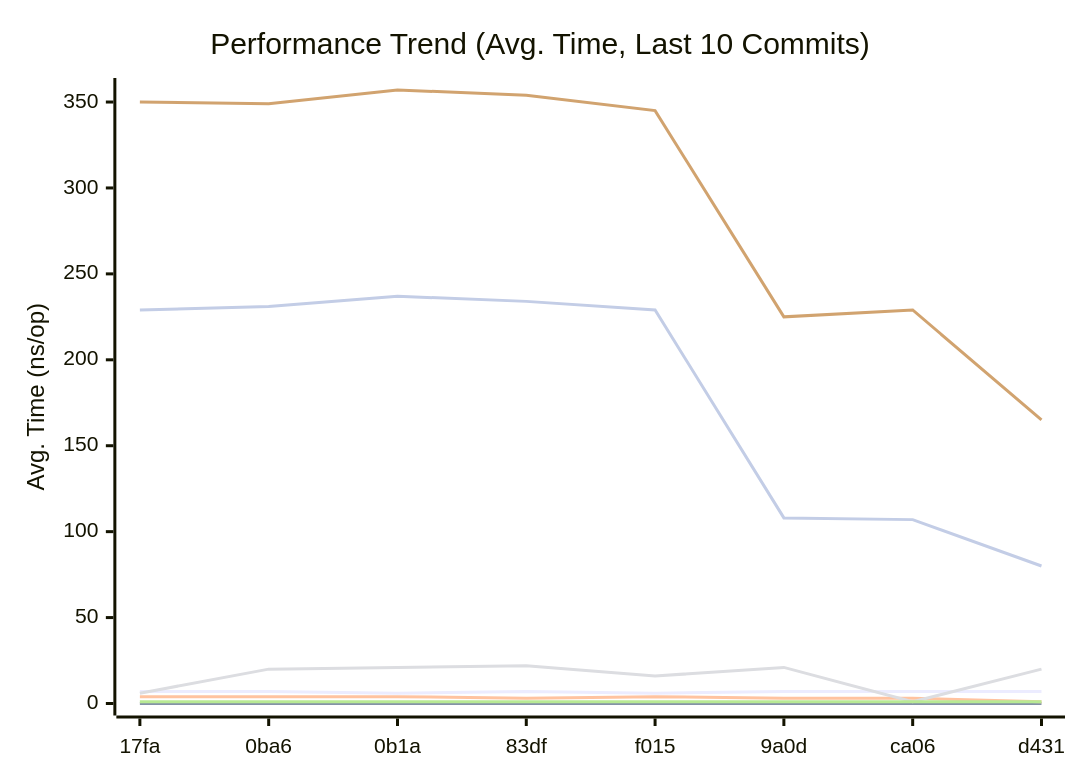
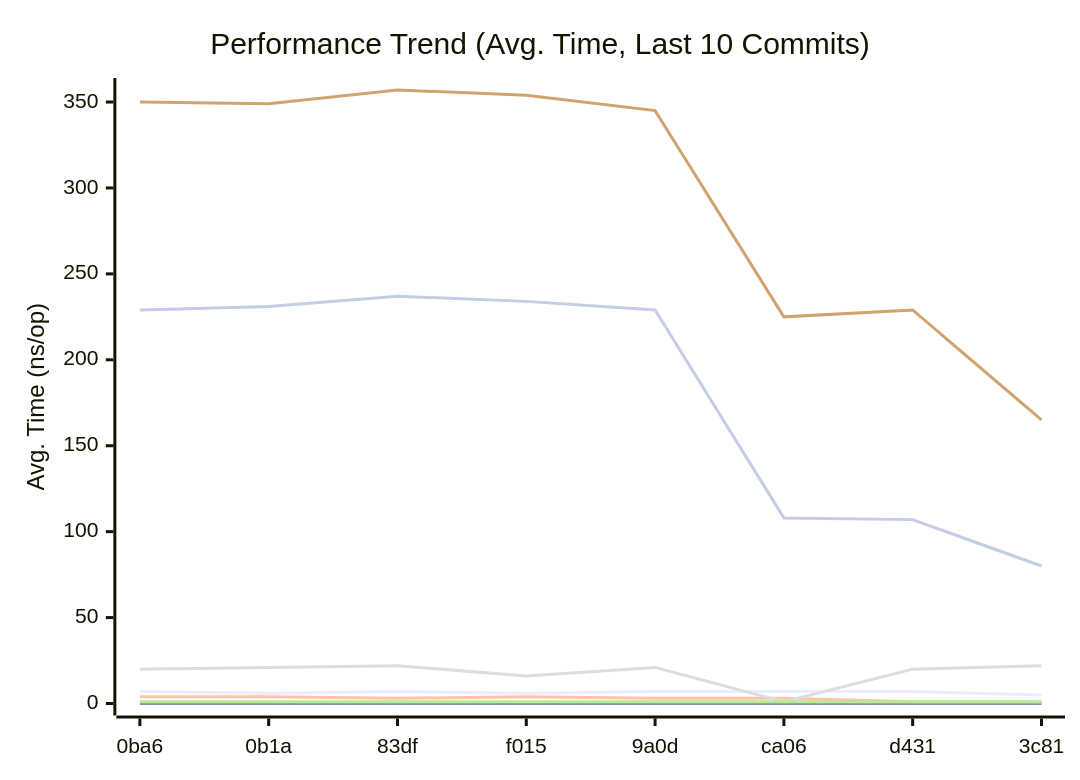
One commit to alsotoes/momo changed the first of 3 diagrams in docs/README.md. Above: the diagram before and after it, drawn with Mermaid. The commit also changed other lines of this file and 1 other file, not shown here.

````diff
--- a/docs/README.md
+++ b/docs/README.md
@@ -188,14 +188,14 @@
 ```mermaid
 xychart-beta
     title "Performance Trend (Avg. Time, Last 10 Commits)"
     x-axis "Commit"
     y-axis "Avg. Time (ns/op)"
-    x-axis [17fa,0ba6,0b1a,83df,f015,9a0d,ca06,d431]
-    line "CheckMetricsAndSwap" [7,7,6,7,6,7,7,7,5,5]
+    x-axis [0ba6,0b1a,83df,f015,9a0d,ca06,d431,3c81]
+    line "CheckMetricsAndSwap" [7,6,7,6,7,7,7,5,5,5]
     line "IndexDirectTracking" [0,0,0,0,0,0,0,0,0,0]
-    line "IndexSearch" [4,4,4,3,4,3,3,1,1,1]
-    line "LoadGlobalConfig" [6,20,21,22,16,21,1,20,22,1]
+    line "IndexSearch" [4,4,3,4,3,3,1,1,1,1]
+    line "LoadGlobalConfig" [20,21,22,16,21,1,20,22,1,2]
     line "PadString" [1,1,1,1,1,1,1,1,1,1]
     line "ParseReplicationOrder_NoPrealloc" [350,349,357,354,345,225,229,165,232,234]
     line "ParseReplicationOrder_Prealloc" [229,231,237,234,229,108,107,80,110,109]
 ```
````
